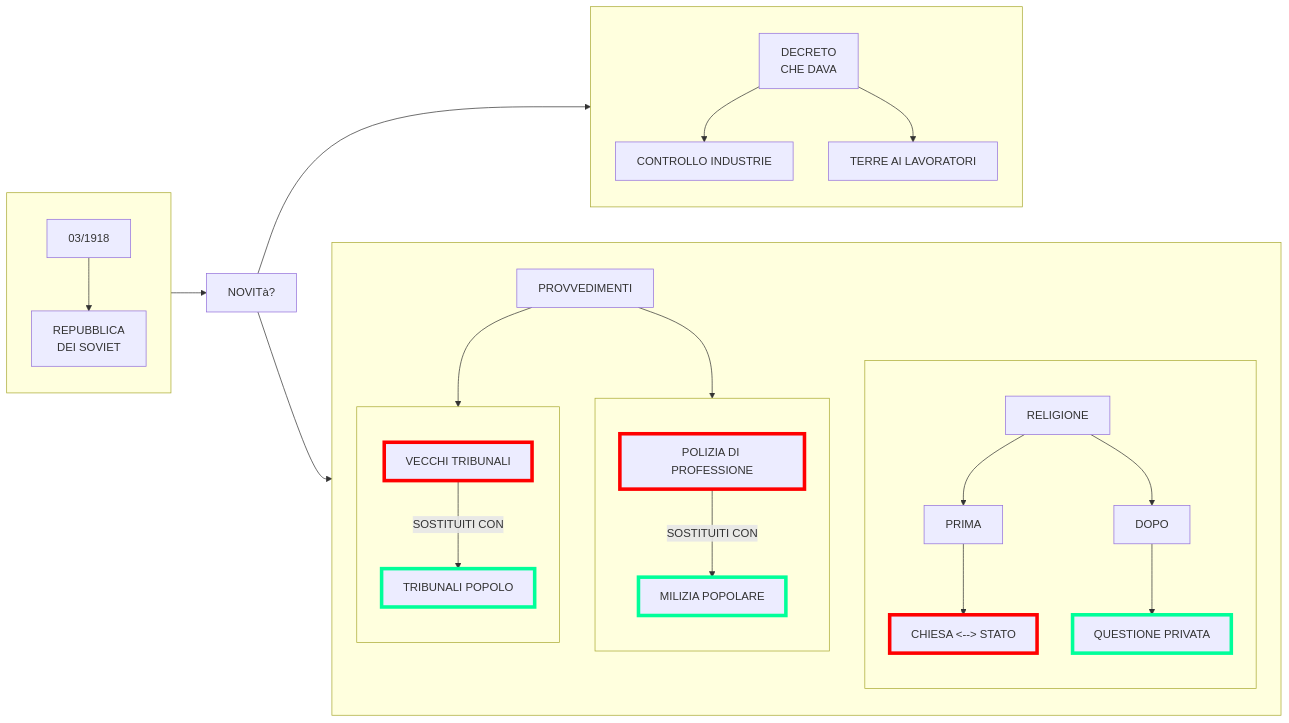
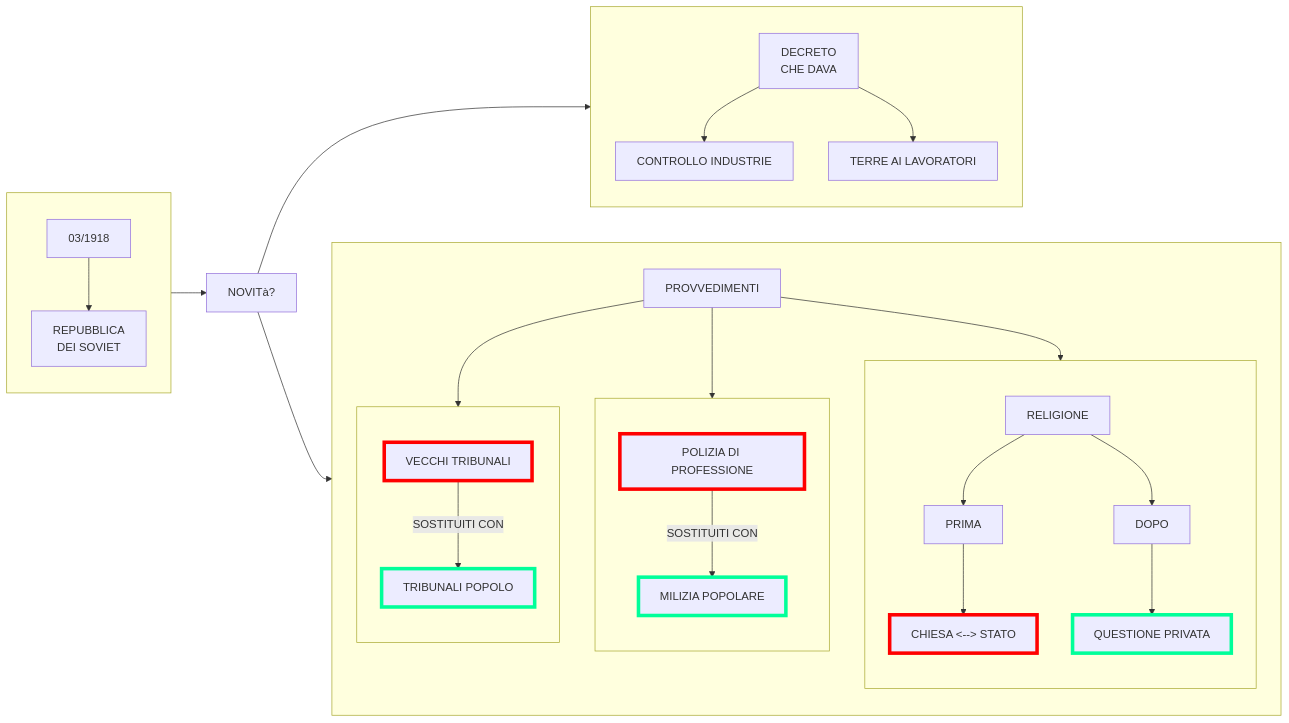
One commit to Laaouatni/ricerca-storia-MermaidJS changed the fourth of 4 diagrams in stalinismo.md. Above: the diagram before and after it, drawn with Mermaid.

````diff
--- a/stalinismo.md
+++ b/stalinismo.md
@@ -118,46 +118,46 @@
 ```mermaid
 flowchart LR
     subgraph 0[" "]
         00[03/1918] -->
         000[REPUBBLICA <br> DEI SOVIET]
     end
     01[NOVITà?]
     subgraph 013[" "]
         direction TB;
         010[DECRETO <br> CHE DAVA]
         011[CONTROLLO INDUSTRIE]
         012[TERRE AI LAVORATORI]
         010 --> 011 & 012
     end
     subgraph 014[" "]
         1[PROVVEDIMENTI]
         subgraph 10[" "]
             100[VECCHI TRIBUNALI]
             style 100 stroke:#ff0000, stroke-width:5px;
             101[TRIBUNALI POPOLO]
             style 101 stroke:#00ff99, stroke-width:5px;
             100 -->|SOSTITUITI CON| 101
         end
         subgraph 11[" "]
             110[POLIZIA DI PROFESSIONE]
             style 110 stroke:#ff0000, stroke-width:5px;
             111[MILIZIA POPOLARE]
             style 111 stroke:#00ff99, stroke-width:5px;
             110 -->|SOSTITUITI CON| 111
         end
         subgraph 12[" "]
             120[RELIGIONE]
             1200[PRIMA]
             12000[CHIESA <--> STATO]
             style 12000 stroke:#ff0000, stroke-width:5px;
             1201[DOPO]
             12010[QUESTIONE PRIVATA]
             style 12010 stroke:#00ff99, stroke-width:5px;
             120 --> 1200 & 1201
             1201 --> 12010
             1200 --> 12000
         end
-        1 --> 10 & 11
+        1 --> 10 & 11 & 12
     end
     0 --> 01 --> 013 & 014
 ```
````
